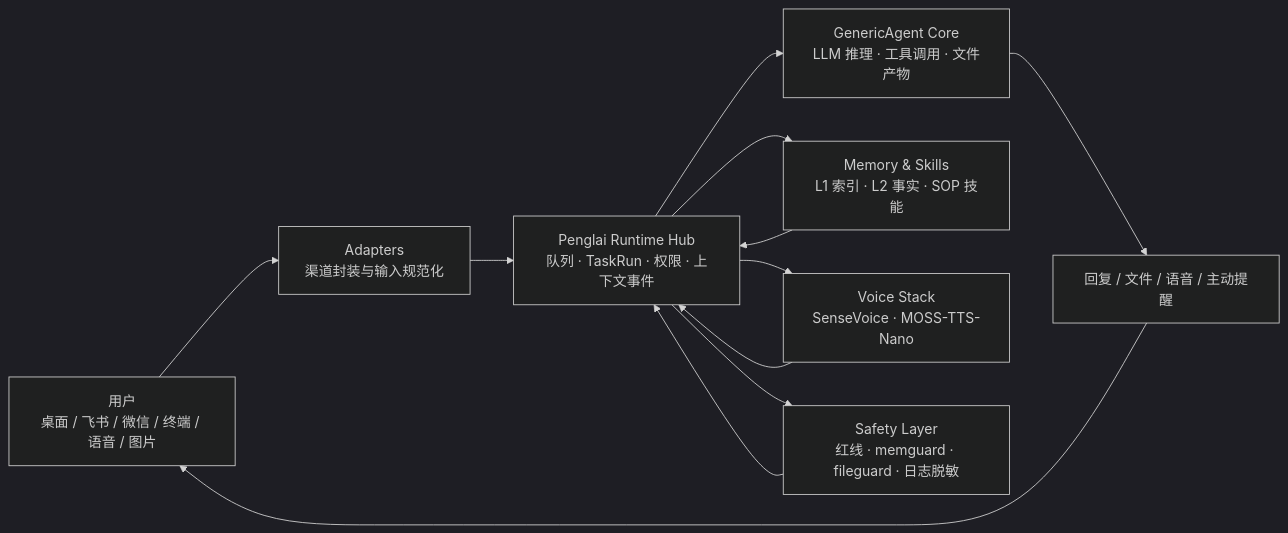
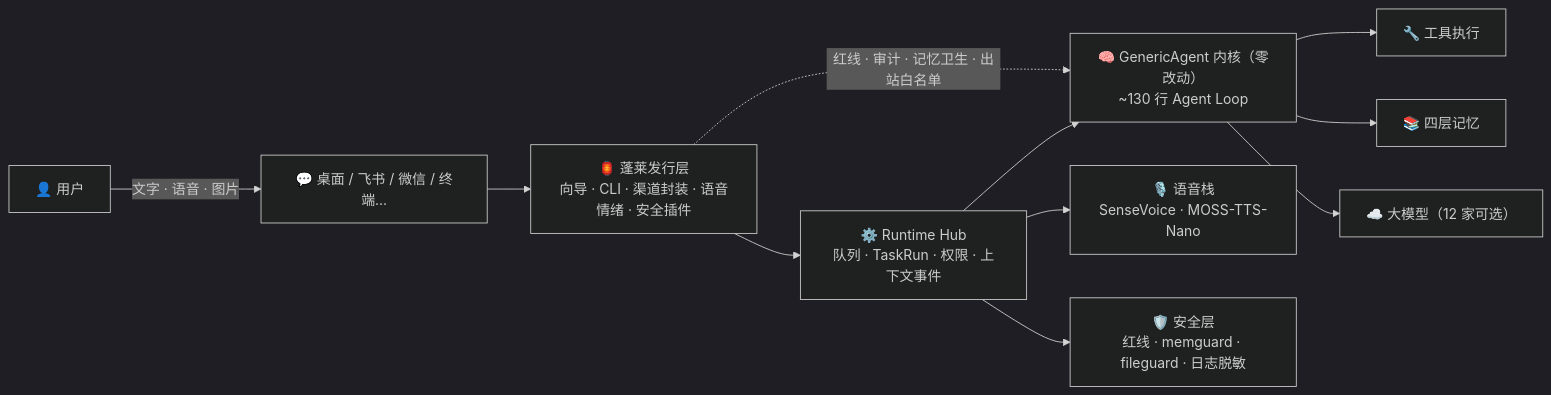
Before and after one commit to kevinchennewbee/PenglaiAgent: the second of 2 diagrams in README.md, drawn with Mermaid (dark theme). The commit also changed other lines of this file and 5 other files, not shown here.

First line of the commit message:
docs: rewrite README as single-file bilingual, fix MOSS-TTS-Nano link, audit licenses

````diff
--- a/README.md
+++ b/README.md
@@ -100,14 +441,13 @@
 ```mermaid
 flowchart LR
-  U["用户<br/>桌面 / 飞书 / 微信 / 终端 / 语音 / 图片"] --> A["Adapters<br/>渠道封装与输入规范化"]
-  A --> H["Penglai Runtime Hub<br/>队列 · TaskRun · 权限 · 上下文事件"]
-  H --> G["GenericAgent Core<br/>LLM 推理 · 工具调用 · 文件产物"]
-  H --> M["Memory & Skills<br/>L1 索引 · L2 事实 · SOP 技能"]
-  H --> V["Voice Stack<br/>SenseVoice · MOSS-TTS-Nano"]
-  H --> S["Safety Layer<br/>红线 · memguard · fileguard · 日志脱敏"]
-  G --> O["回复 / 文件 / 语音 / 主动提醒"]
-  M --> H
-  V --> H
-  S --> H
-  O --> U
+    U["👤 用户"] -->|"文字 · 语音 · 图片"| IM["💬 桌面 / 飞书 / 微信 / 终端…"]
+    IM --> P["🏮 蓬莱发行层<br/>向导 · CLI · 渠道封装 · 语音情绪 · 安全插件"]
+    P --> H["⚙️ Runtime Hub<br/>队列 · TaskRun · 权限 · 上下文事件"]
+    H --> G["🧠 GenericAgent 内核（零改动）<br/>~130 行 Agent Loop"]
+    G --> T["🔧 工具执行"]
+    G --> M["📚 四层记忆"]
+    G --> L["☁️ 大模型（12 家可选）"]
+    H --> V["🎙️ 语音栈<br/>SenseVoice · MOSS-TTS-Nano"]
+    H --> S["🛡️ 安全层<br/>红线 · memguard · fileguard · 日志脱敏"]
+    P -. "红线 · 审计 · 记忆卫生 · 出站白名单" .-> G
 ```
````
